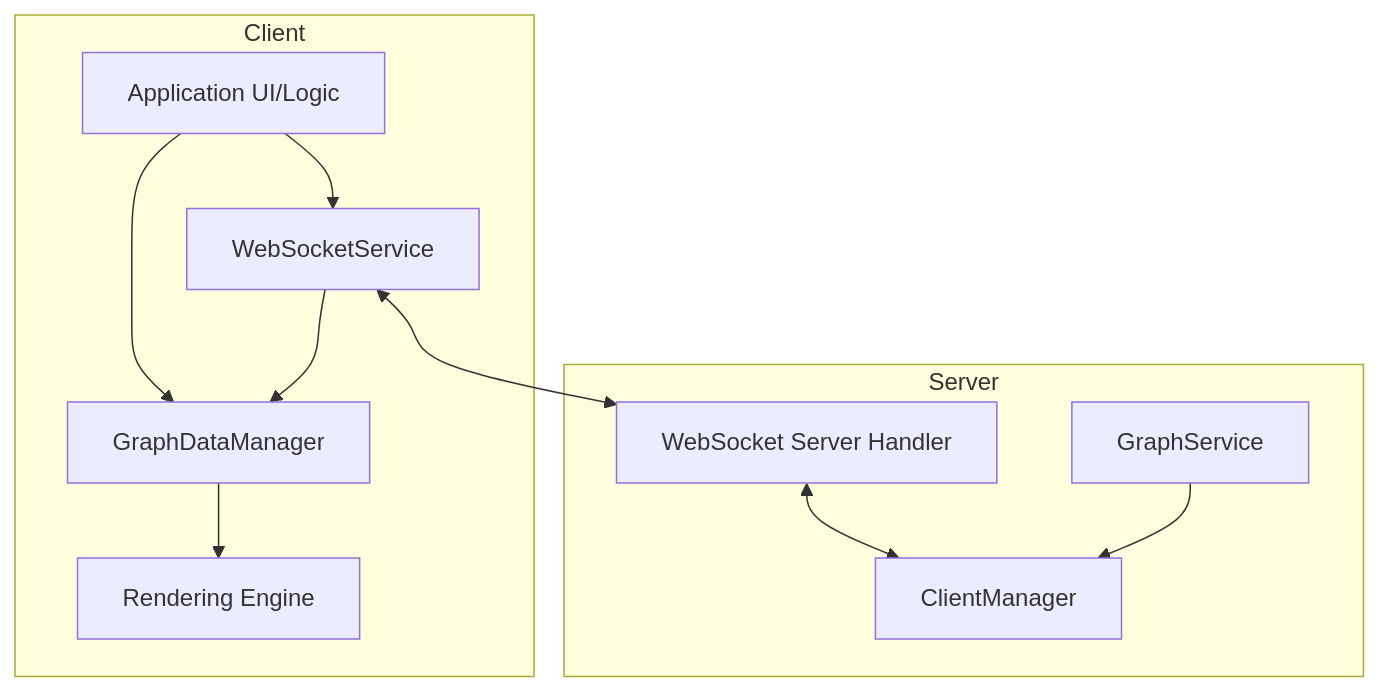
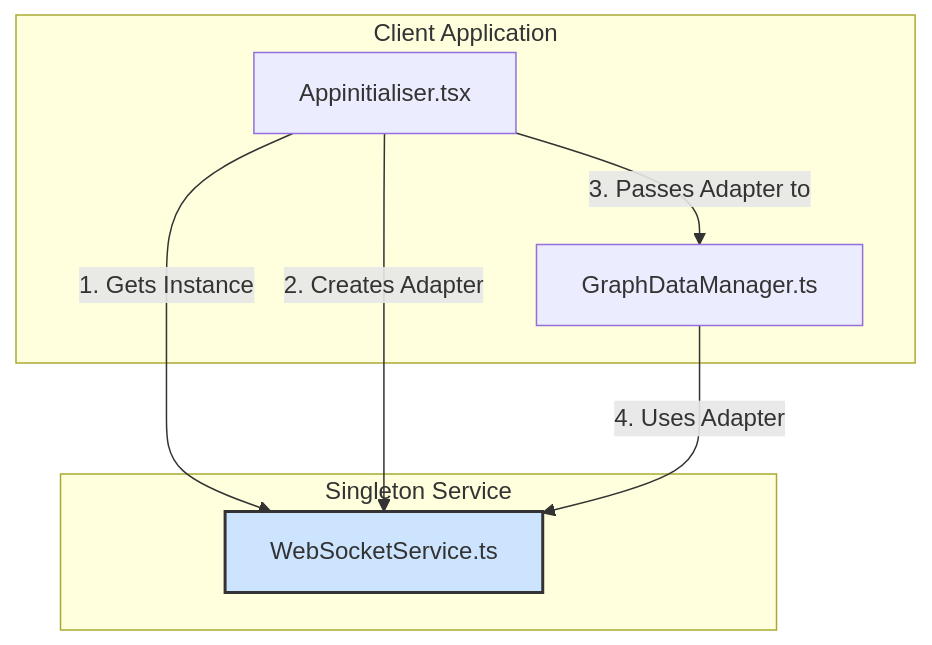
The first of 2 diagrams in docs/client/websocket.md (DreamLab-AI/VisionFlow), drawn with Mermaid before and after one commit. The commit also changed other lines of this file and 31 other files, not shown here.

````diff
--- a/docs/client/websocket.md
+++ b/docs/client/websocket.md
@@ -15,20 +9,18 @@
 ```mermaid
 graph TB
-    subgraph ClientSide ["Client"]
-        App["Application UI/Logic"] --> GDM["GraphDataManager"]
-        App --> WSS["WebSocketService"]
-        WSS --> GDM
-        GDM --> RenderingEngine["Rendering Engine"]
+    subgraph ClientApplication ["Client Application"]
+        Appinitialiser["Appinitialiser.tsx"]
+        GDM["GraphDataManager.ts"]
     end
 
-    subgraph ServerSide ["Server"]
-        ServerWSS["WebSocket Server Handler"]
-        ClientMgr["ClientManager"]
-        GraphSvc["GraphService"]
-
-        ServerWSS <--> ClientMgr
-        GraphSvc --> ClientMgr
+    subgraph SingletonService ["Singleton Service"]
+        WSS["WebSocketService.ts"]
     end
 
-    WSS <--> ServerWSS
+    Appinitialiser -- "1. Gets Instance" --> WSS
+    Appinitialiser -- "2. Creates Adapter" --> WSS
+    Appinitialiser -- "3. Passes Adapter to" --> GDM
+    GDM -- "4. Uses Adapter" --> WSS
+
+    style WSS fill:#cde4ff,stroke:#333,stroke-width:2px
 ```
````
